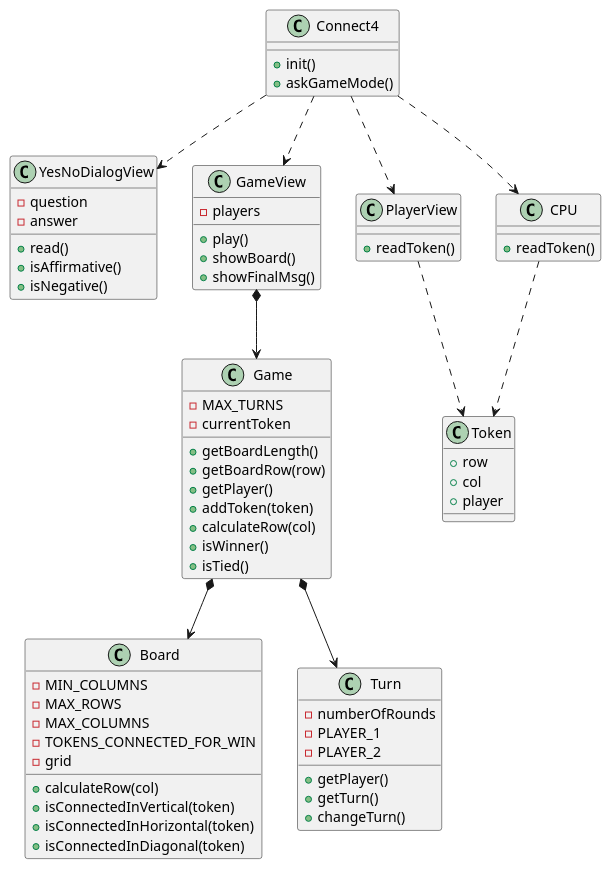
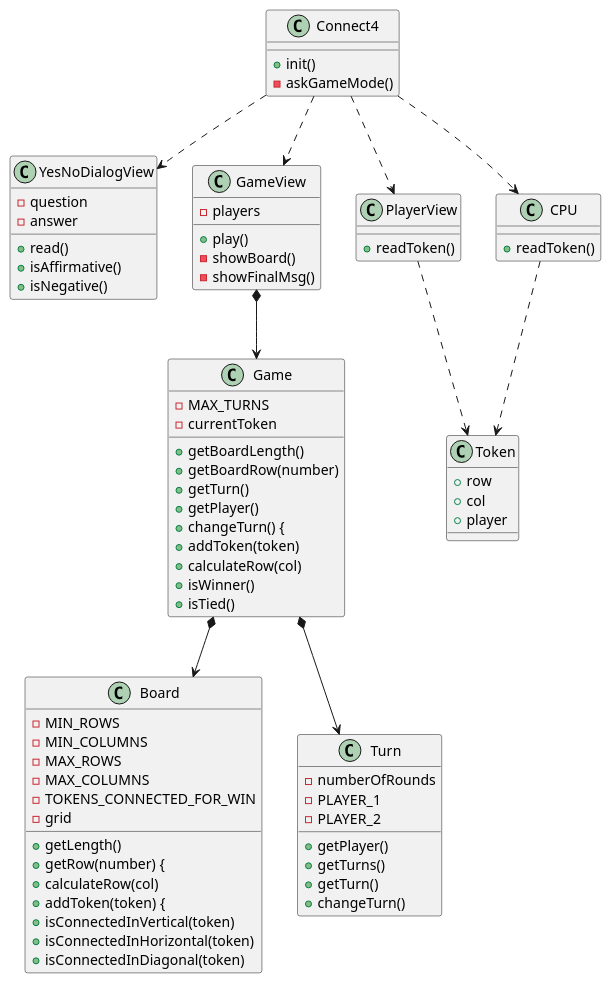
The diagram in con-vistas-separadas/diagramClass.plantuml (Edmundo-Ogaz/connect4), drawn with PlantUML before and after one commit. The commit also changed 1 other file, not shown here.

```diff
--- a/con-vistas-separadas/diagramClass.plantuml
+++ b/con-vistas-separadas/diagramClass.plantuml
@@ -1,60 +1,67 @@
 @startuml
 Connect4 ..> YesNoDialogView
 Connect4 ..> GameView
 Connect4 : + init()
-Connect4 : + askGameMode()
+Connect4 : - askGameMode()
 Connect4 ..> PlayerView
 Connect4 ..> CPU
 
 YesNoDialogView : - question
 YesNoDialogView : - answer
 YesNoDialogView : + read()
 YesNoDialogView : + isAffirmative()
 YesNoDialogView : + isNegative()
 
 CPU : + readToken()
 CPU ..>Token
 
 PlayerView : + readToken()
 PlayerView ..>Token
 
 GameView : - players
 GameView *--> Game
 GameView : + play()
-GameView : + showBoard()
-GameView : + showFinalMsg()
+GameView : - showBoard()
+GameView : - showFinalMsg()
 
 Game : - MAX_TURNS
 Game : - currentToken
 Game *--> Board
 Game *--> Turn
 Game : + getBoardLength()
-Game : + getBoardRow(row)
+Game : + getBoardRow(number)
+Game : + getTurn()
 Game : + getPlayer()
+Game : + changeTurn() {
 Game : + addToken(token)
 Game : + calculateRow(col)
 Game : + isWinner()
 Game : + isTied()
 
+Board : - MIN_ROWS
 Board : - MIN_COLUMNS
 Board : - MAX_ROWS
 Board : - MAX_COLUMNS
 Board : - TOKENS_CONNECTED_FOR_WIN
 Board : - grid
+Board : + getLength() 
+Board : + getRow(number) {
 Board : + calculateRow(col)
+Board : + addToken(token) {
 Board : + isConnectedInVertical(token)
 Board : + isConnectedInHorizontal(token)
 Board : + isConnectedInDiagonal(token)
 
 Turn : - numberOfRounds
 Turn : - PLAYER_1
 Turn : - PLAYER_2
 Turn : + getPlayer()
+Turn : + getTurns()
 Turn : + getTurn()
 Turn : + changeTurn()
 
 Token : + row
 Token : + col
 Token : + player
 
 @enduml
```
